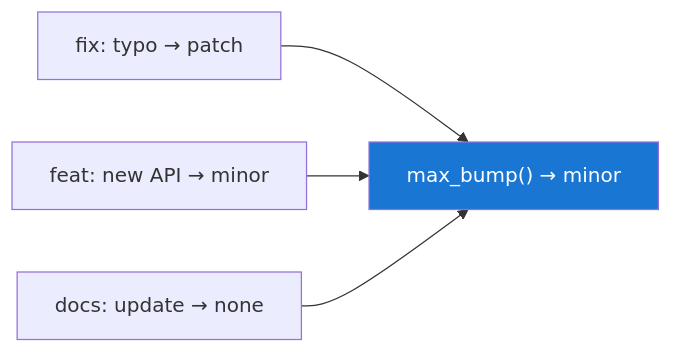
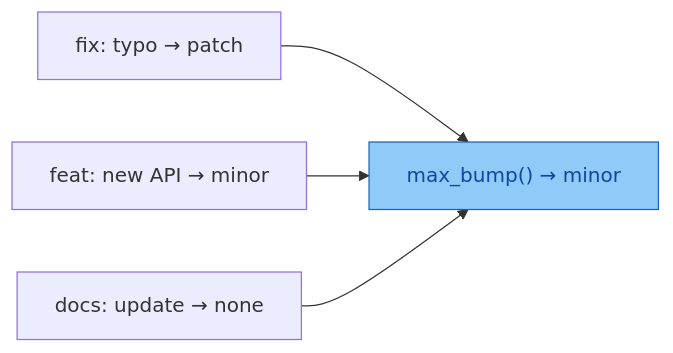
The second of 6 diagrams in tools/releasekit/docs/docs/internals/versioning.md (genkit-ai/genkit-python), drawn with Mermaid before and after one commit. The commit also changed other lines of this file and 208 other files, not shown here.

````diff
--- a/tools/releasekit/docs/docs/internals/versioning.md
+++ b/tools/releasekit/docs/docs/internals/versioning.md
@@ -56,13 +56,13 @@
 ```mermaid
 graph LR
     C1["fix: typo → patch"]
     C2["feat: new API → minor"]
     C3["docs: update → none"]
     MAX["max_bump() → minor"]
 
     C1 --> MAX
     C2 --> MAX
     C3 --> MAX
 
-    style MAX fill:#1976d2,color:#fff
+    style MAX fill:#90caf9,stroke:#1565c0,color:#0d47a1
 ```
````
